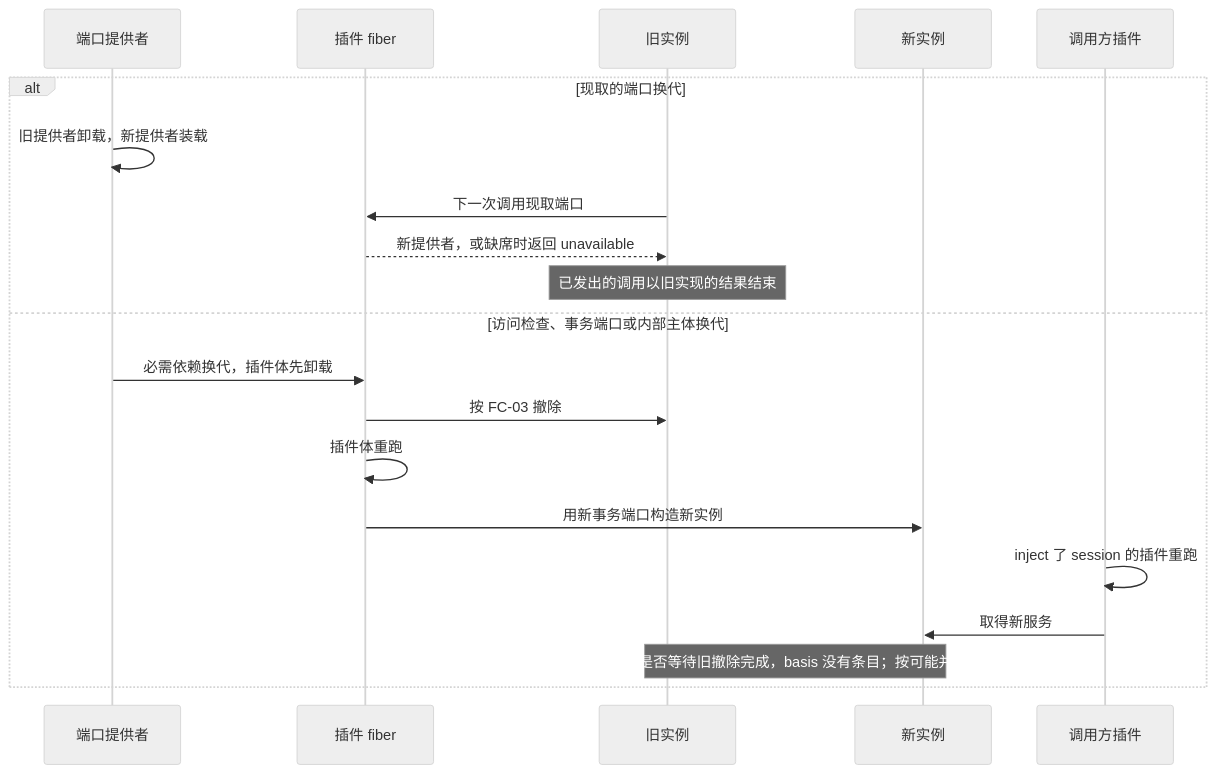
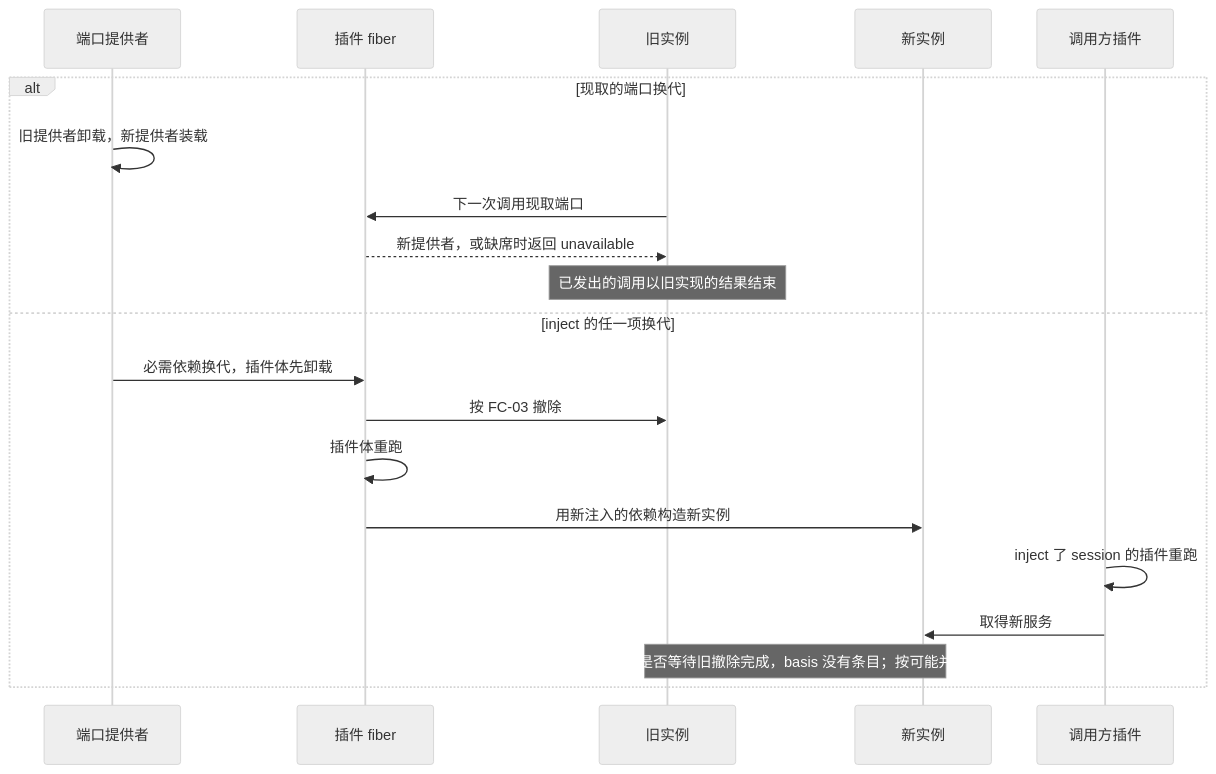
Before and after one commit to nemori-ai/omne-harness-lite: the second of 4 diagrams in packages/session/session-cordis/docs/flows.md, drawn with Mermaid (neutral theme). The commit also changed other lines of this file and 23 other files, not shown here.

````diff
--- a/packages/session/session-cordis/docs/flows.md
+++ b/packages/session/session-cordis/docs/flows.md
@@ -55,22 +55,22 @@
 ```mermaid
 sequenceDiagram
   participant P as 端口提供者
   participant F as 插件 fiber
   participant I as 旧实例
   participant N as 新实例
   participant L as 调用方插件
   alt 现取的端口换代
     P->>P: 旧提供者卸载，新提供者装载
     I->>F: 下一次调用现取端口
     F-->>I: 新提供者，或缺席时返回 unavailable
     Note over I: 已发出的调用以旧实现的结果结束
-  else 访问检查、事务端口或内部主体换代
+  else inject 的任一项换代
     P->>F: 必需依赖换代，插件体先卸载
     F->>I: 按 FC-03 撤除
     F->>F: 插件体重跑
-    F->>N: 用新事务端口构造新实例
+    F->>N: 用新注入的依赖构造新实例
     L->>L: inject 了 session 的插件重跑
     L->>N: 取得新服务
     Note over I,N: 重跑前是否等待旧撤除完成，basis 没有条目；按可能并存设计
   end
 ```
````
